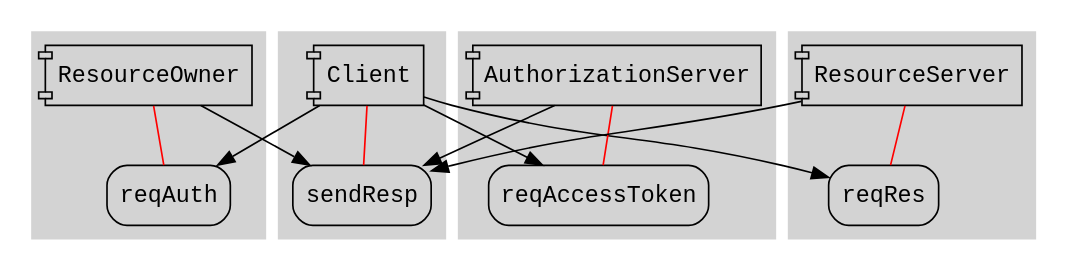
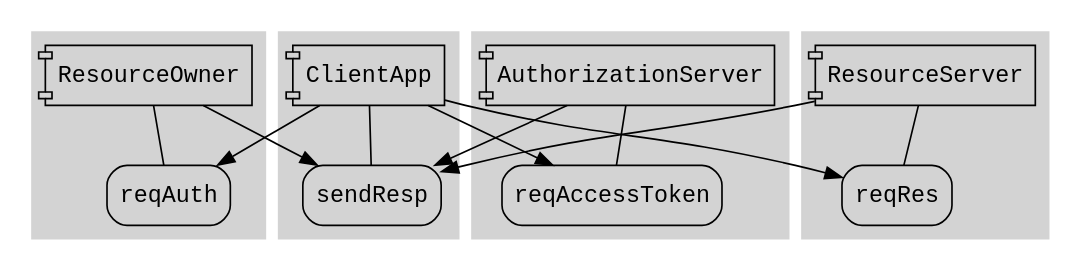
Before and after one commit to eskang/sdsl: the diagram in oauth.dot, drawn with Graphviz. The commit also changed 26 other files, not shown here.

```diff
--- a/oauth.dot
+++ b/oauth.dot
@@ -1,35 +1,35 @@
 digraph g {
 graph[fontname="courier", splines=true, concentrate=true];
 node[fontname="courier"];
 edge[fontname="courier", len=1.0];
 subgraph cluster_ResourceOwner { 
 style=filled; color=lightgrey;
 ResourceOwner [shape=component];
 reqAuth [shape=rectangle,style="rounded"];
-ResourceOwner -> reqAuth [dir=none,color=red];
+ResourceOwner -> reqAuth [dir=none];
 }
 ResourceOwner -> sendResp;
-subgraph cluster_Client { 
+subgraph cluster_ClientApp { 
 style=filled; color=lightgrey;
-Client [shape=component];
+ClientApp [shape=component];
 sendResp [shape=rectangle,style="rounded"];
-Client -> sendResp [dir=none,color=red];
+ClientApp -> sendResp [dir=none];
 }
-Client -> reqAuth;
-Client -> reqRes;
-Client -> reqAccessToken;
+ClientApp -> reqAuth;
+ClientApp -> reqRes;
+ClientApp -> reqAccessToken;
 subgraph cluster_AuthorizationServer { 
 style=filled; color=lightgrey;
 AuthorizationServer [shape=component];
 reqAccessToken [shape=rectangle,style="rounded"];
-AuthorizationServer -> reqAccessToken [dir=none,color=red];
+AuthorizationServer -> reqAccessToken [dir=none];
 }
 AuthorizationServer -> sendResp;
 subgraph cluster_ResourceServer { 
 style=filled; color=lightgrey;
 ResourceServer [shape=component];
 reqRes [shape=rectangle,style="rounded"];
-ResourceServer -> reqRes [dir=none,color=red];
+ResourceServer -> reqRes [dir=none];
 }
 ResourceServer -> sendResp;
 }
```
